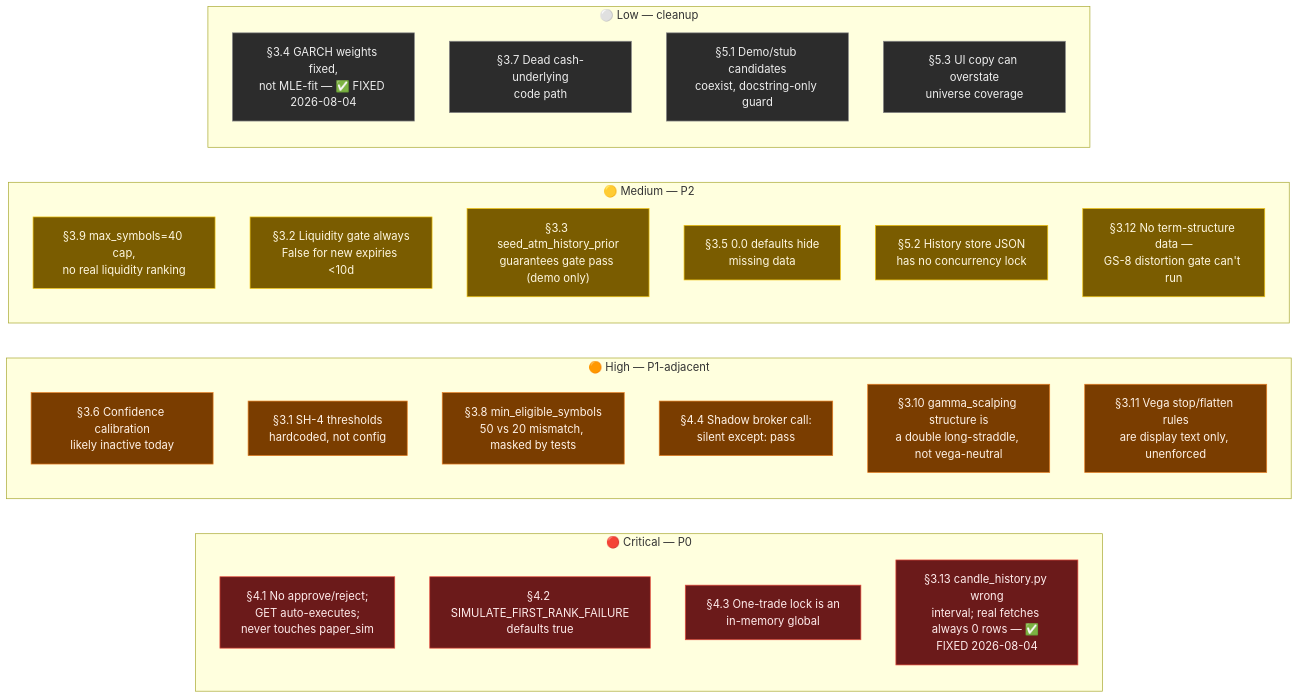
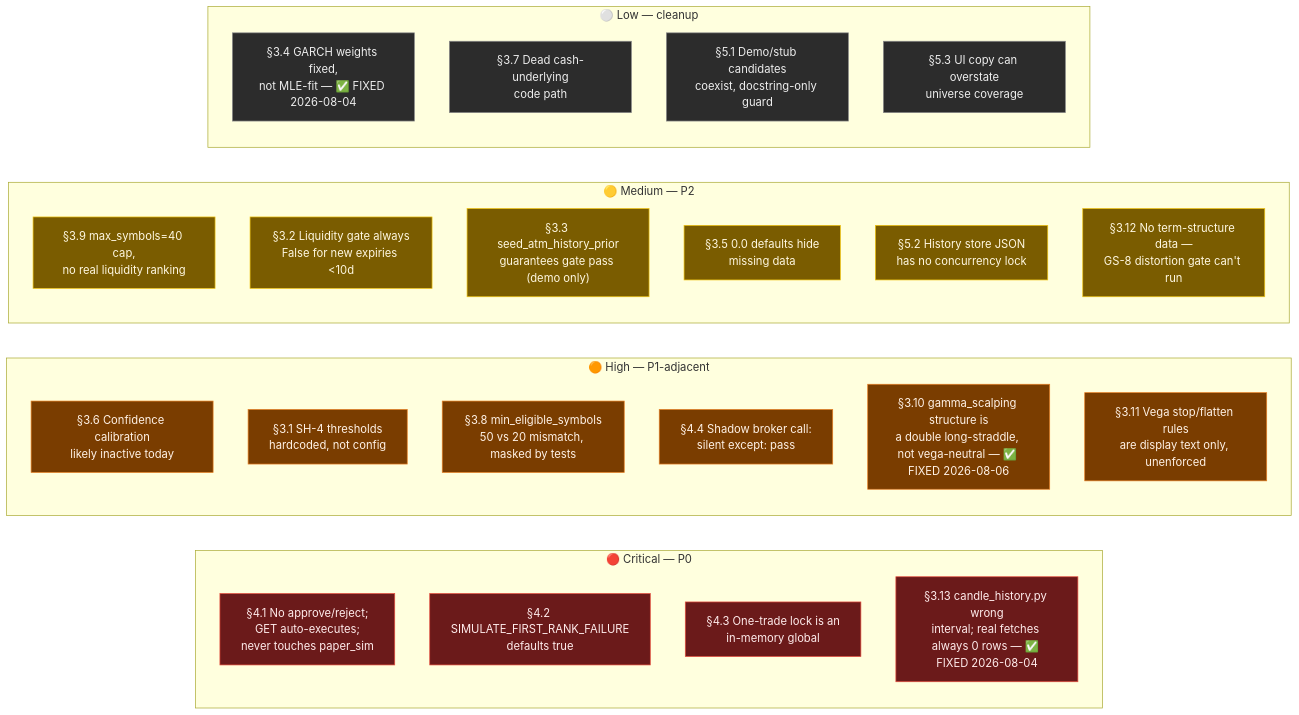
Before and after one commit to KarthikBattaram19/Trading_Bot_1: the fourth of 5 diagrams in Improve_Recoemmendation_Engine.md, drawn with Mermaid. The commit also changed other lines of this file, not shown here.

Commit message:
Mark §3.10 gamma_scalping calendar-spread fix resolved in audit tracker

````diff
--- a/Improve_Recoemmendation_Engine.md
+++ b/Improve_Recoemmendation_Engine.md
@@ -200,40 +200,40 @@
 ```mermaid
 flowchart LR
     subgraph CRIT["🔴 Critical — P0"]
         F41["§4.1 No approve/reject;<br/>GET auto-executes;<br/>never touches paper_sim"]
         F42["§4.2 SIMULATE_FIRST_RANK_FAILURE<br/>defaults true"]
         F43["§4.3 One-trade lock is an<br/>in-memory global"]
         F313["§3.13 candle_history.py wrong<br/>interval; real fetches always 0 rows — ✅ FIXED 2026-08-04"]
     end
     subgraph HIGH["🟠 High — P1-adjacent"]
         F36["§3.6 Confidence calibration<br/>likely inactive today"]
         F31["§3.1 SH-4 thresholds<br/>hardcoded, not config"]
         F38["§3.8 min_eligible_symbols<br/>50 vs 20 mismatch, masked by tests"]
         F44["§4.4 Shadow broker call:<br/>silent except: pass"]
-        F310["§3.10 gamma_scalping structure is<br/>a double long-straddle, not vega-neutral"]
+        F310["§3.10 gamma_scalping structure is<br/>a double long-straddle, not vega-neutral — ✅ FIXED 2026-08-06"]
         F311["§3.11 Vega stop/flatten rules<br/>are display text only, unenforced"]
     end
     subgraph MED["🟡 Medium — P2"]
         F39["§3.9 max_symbols=40 cap,<br/>no real liquidity ranking"]
         F32["§3.2 Liquidity gate always<br/>False for new expiries <10d"]
         F33["§3.3 seed_atm_history_prior<br/>guarantees gate pass (demo only)"]
         F35["§3.5 0.0 defaults hide<br/>missing data"]
         F52["§5.2 History store JSON<br/>has no concurrency lock"]
         F312["§3.12 No term-structure data —<br/>GS-8 distortion gate can't run"]
     end
     subgraph LOW["⚪ Low — cleanup"]
         F34["§3.4 GARCH weights fixed,<br/>not MLE-fit — ✅ FIXED 2026-08-04"]
         F37["§3.7 Dead cash-underlying<br/>code path"]
         F51["§5.1 Demo/stub candidates<br/>coexist, docstring-only guard"]
         F53["§5.3 UI copy can overstate<br/>universe coverage"]
     end
 
     classDef crit fill:#6b1a1a,stroke:#e74c3c,color:#ffecec;
     classDef high fill:#7a3d00,stroke:#e67e22,color:#fff2e6;
     classDef med fill:#7a5c00,stroke:#f1c40f,color:#fff8e1;
     classDef low fill:#2c2c2c,stroke:#888,color:#eee;
     class F41,F42,F43,F313 crit;
     class F36,F31,F38,F44,F310,F311 high;
     class F39,F32,F33,F35,F52,F312 med;
     class F34,F37,F51,F53 low;
 ```
````
